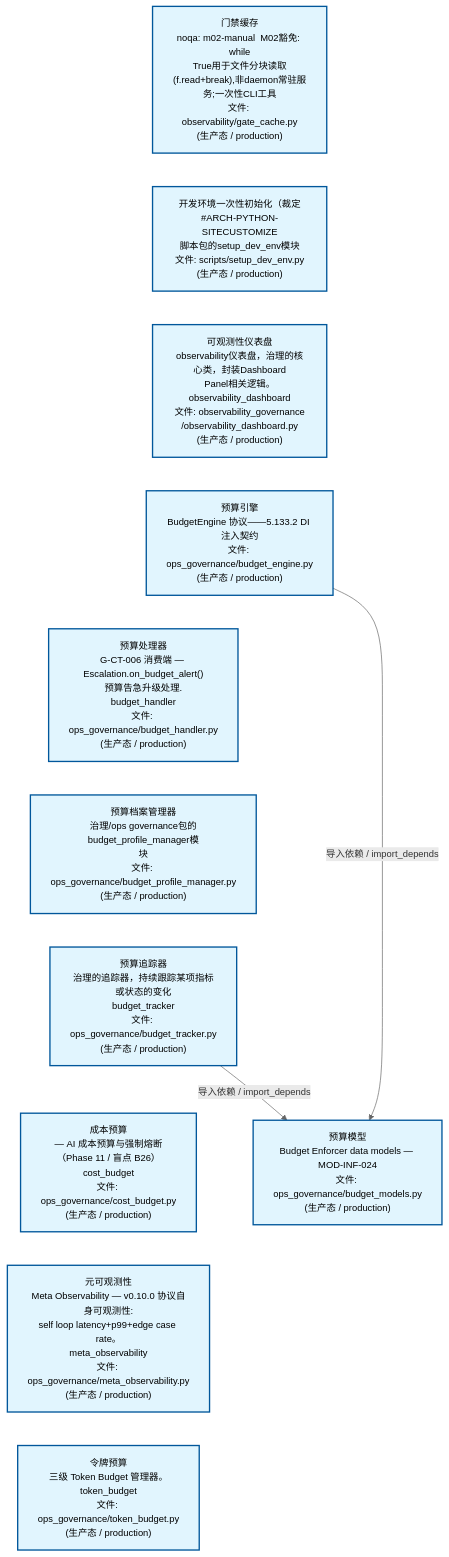
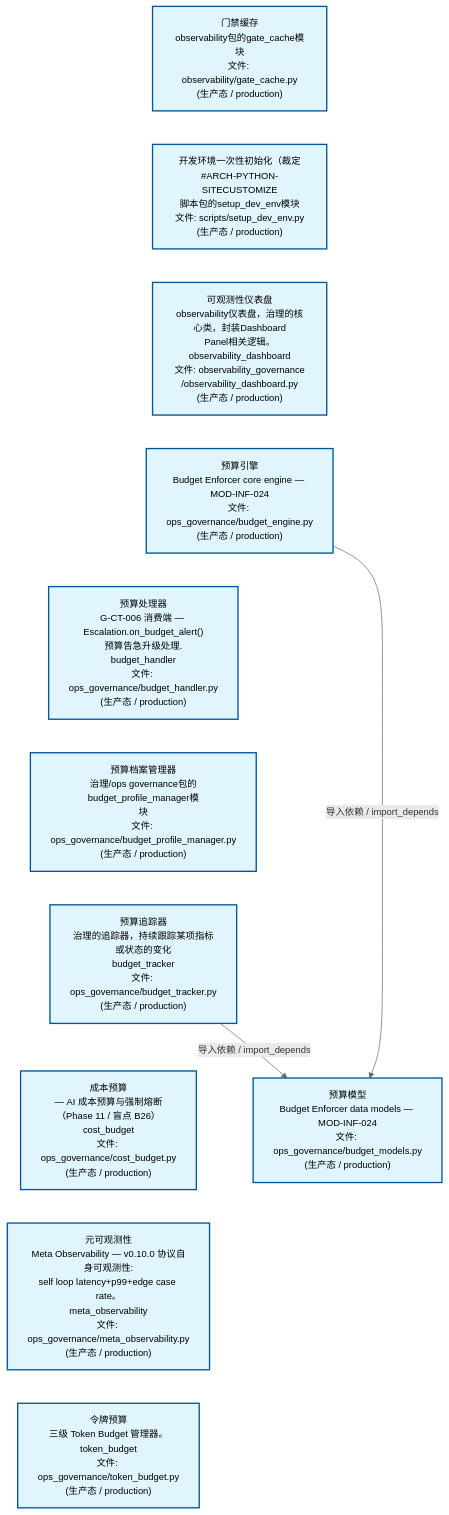
The second of 3 diagrams in docs/02_enterprise_architecture/02_domain_architecture_docs/24_d_ops.md (xuanFelixVan/ZephyrAlpha), drawn with Mermaid before and after one commit. The commit also changed other lines of this file and 45 other files, not shown here.

````diff
--- a/docs/02_enterprise_architecture/02_domain_architecture_docs/24_d_ops.md
+++ b/docs/02_enterprise_architecture/02_domain_architecture_docs/24_d_ops.md
@@ -126,31 +126,31 @@
 ```mermaid
 %%{init: {'theme': 'base', 'themeVariables': {'primaryColor': '#eaeaea', 'primaryTextColor': '#333333', 'primaryBorderColor': '#666666', 'lineColor': '#666666', 'secondaryColor': '#eaeaea', 'tertiaryColor': '#eaeaea', 'fontSize': '14px'}}}%%
 flowchart TD
-    scripts_governance_observability_gate_cache_py["门禁缓存<br/>noqa: m02-manual  M02豁免: while<br/>True用于文件分块读取<br/>(f.read+break),非daemon常驻服务;一次性CLI工具<br/>文件: observability/gate_cache.py<br/>(生产态 / production)"]
+    scripts_governance_observability_gate_cache_py["门禁缓存<br/>observability包的gate_cache模块<br/>文件: observability/gate_cache.py<br/>(生产态 / production)"]
     scripts_setup_dev_env_py["开发环境一次性初始化（裁定<br/>#ARCH-PYTHON-SITECUSTOMIZE<br/>脚本包的setup_dev_env模块<br/>文件: scripts/setup_dev_env.py<br/>(生产态 / production)"]
     src_zephyr_governance_observability_governance_observability_dashboard_py["可观测性仪表盘<br/>observability仪表盘，治理的核心类，封装Dashboard<br/>Panel相关逻辑。<br/>observability_dashboard<br/>文件: observability_governance<br/>/observability_dashboard.py<br/>(生产态 / production)"]
-    src_zephyr_governance_ops_governance_budget_engine_py["预算引擎<br/>BudgetEngine 协议——5.133.2 DI 注入契约<br/>文件: ops_governance/budget_engine.py<br/>(生产态 / production)"]
+    src_zephyr_governance_ops_governance_budget_engine_py["预算引擎<br/>Budget Enforcer core engine — MOD-INF-024<br/>文件: ops_governance/budget_engine.py<br/>(生产态 / production)"]
     src_zephyr_governance_ops_governance_budget_handler_py["预算处理器<br/>G-CT-006 消费端 — Escalation.on_budget_alert()<br/>预算告急升级处理.<br/>budget_handler<br/>文件: ops_governance/budget_handler.py<br/>(生产态 / production)"]
     src_zephyr_governance_ops_governance_budget_profile_manager_py["预算档案管理器<br/>治理/ops governance包的budget_profile_manager模<br/>块<br/>文件: ops_governance/budget_profile_manager.py<br/>(生产态 / production)"]
     src_zephyr_governance_ops_governance_budget_tracker_py["预算追踪器<br/>治理的追踪器，持续跟踪某项指标或状态的变化<br/>budget_tracker<br/>文件: ops_governance/budget_tracker.py<br/>(生产态 / production)"]
     src_zephyr_governance_ops_governance_cost_budget_py["成本预算<br/>— AI 成本预算与强制熔断（Phase 11 / 盲点 B26）<br/>cost_budget<br/>文件: ops_governance/cost_budget.py<br/>(生产态 / production)"]
     src_zephyr_governance_ops_governance_meta_observability_py["元可观测性<br/>Meta Observability — v0.10.0 协议自身可观测性:<br/>self loop latency+p99+edge case rate。<br/>meta_observability<br/>文件: ops_governance/meta_observability.py<br/>(生产态 / production)"]
     src_zephyr_governance_ops_governance_token_budget_py["令牌预算<br/>三级 Token Budget 管理器。<br/>token_budget<br/>文件: ops_governance/token_budget.py<br/>(生产态 / production)"]
     scripts_governance_observability_gate_cache_py ~~~ scripts_setup_dev_env_py
     scripts_setup_dev_env_py ~~~ src_zephyr_governance_observability_governance_observability_dashboard_py
     src_zephyr_governance_observability_governance_observability_dashboard_py ~~~ src_zephyr_governance_ops_governance_budget_engine_py
     src_zephyr_governance_ops_governance_budget_engine_py ~~~ src_zephyr_governance_ops_governance_budget_handler_py
     src_zephyr_governance_ops_governance_budget_handler_py ~~~ src_zephyr_governance_ops_governance_budget_profile_manager_py
     src_zephyr_governance_ops_governance_budget_profile_manager_py ~~~ src_zephyr_governance_ops_governance_budget_tracker_py
     src_zephyr_governance_ops_governance_budget_tracker_py ~~~ src_zephyr_governance_ops_governance_cost_budget_py
     src_zephyr_governance_ops_governance_cost_budget_py ~~~ src_zephyr_governance_ops_governance_meta_observability_py
     src_zephyr_governance_ops_governance_meta_observability_py ~~~ src_zephyr_governance_ops_governance_token_budget_py
     src_zephyr_governance_ops_governance_budget_models_py["预算模型<br/>Budget Enforcer data models — MOD-INF-024<br/>文件: ops_governance/budget_models.py<br/>(生产态 / production)"]
     src_zephyr_governance_ops_governance_budget_engine_py -->|导入依赖 / import_depends| src_zephyr_governance_ops_governance_budget_models_py
     src_zephyr_governance_ops_governance_budget_tracker_py -->|导入依赖 / import_depends| src_zephyr_governance_ops_governance_budget_models_py
     classDef production fill:#e1f5fe,stroke:#01579b,stroke-width:2px,color:#000
     classDef design fill:#fff3e0,stroke:#e65100,stroke-width:2px,color:#000,stroke-dasharray: 5 5
     classDef external_prod fill:#e8f4fd,stroke:#0277bd,stroke-width:1px,color:#000
     classDef external_design fill:#fff8e7,stroke:#ef6c00,stroke-width:1px,color:#000,stroke-dasharray: 5 5
     class scripts_governance_observability_gate_cache_py,scripts_setup_dev_env_py,src_zephyr_governance_observability_governance_observability_dashboard_py,src_zephyr_governance_ops_governance_budget_engine_py,src_zephyr_governance_ops_governance_budget_handler_py,src_zephyr_governance_ops_governance_budget_models_py,src_zephyr_governance_ops_governance_budget_profile_manager_py,src_zephyr_governance_ops_governance_budget_tracker_py,src_zephyr_governance_ops_governance_cost_budget_py,src_zephyr_governance_ops_governance_meta_observability_py,src_zephyr_governance_ops_governance_token_budget_py production
 ```
````
